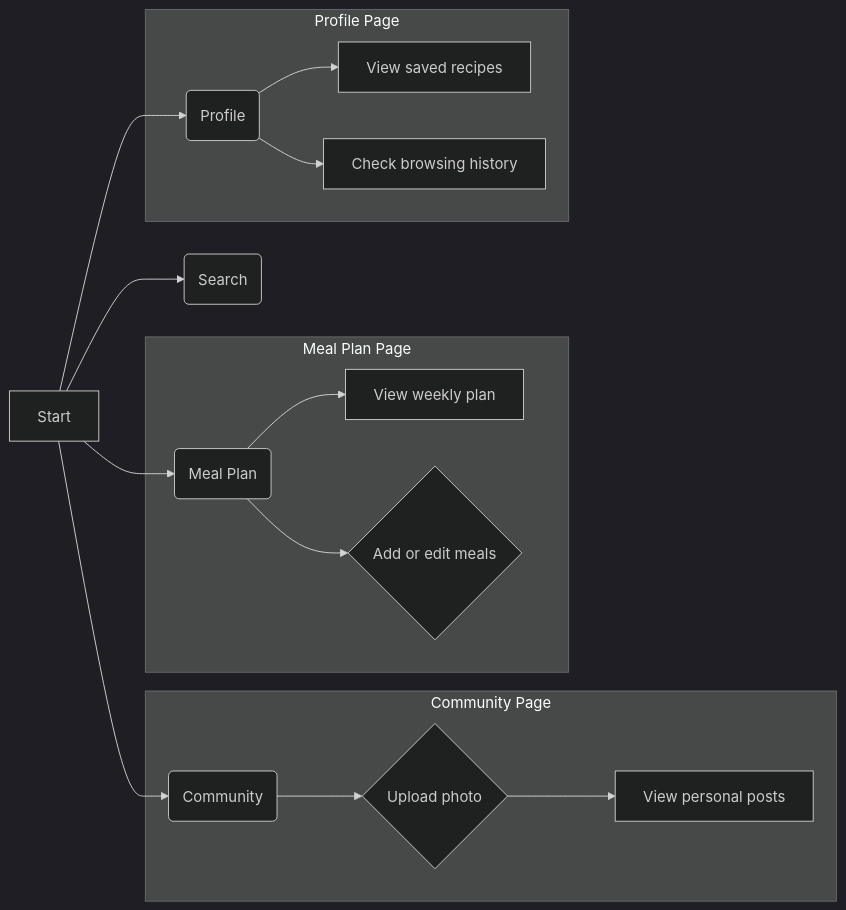
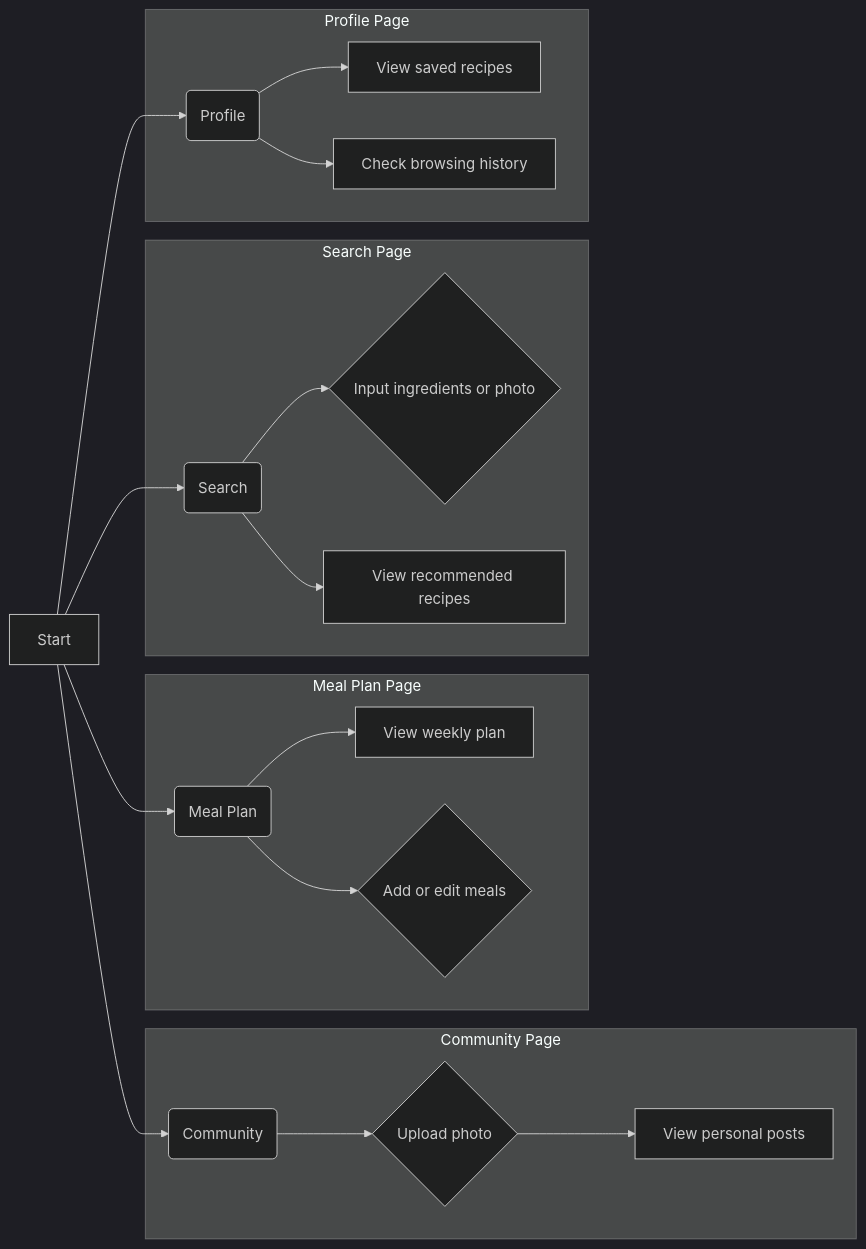
The diagram in all/未命名-2.md (seven8301/iodraw-files), drawn with Mermaid (dark theme) before and after one commit.

Commit message:
2025-04-09 19:21:50 update

````diff
--- a/all/未命名-2.md
+++ b/all/未命名-2.md
@@ -1,24 +1,29 @@
 ```mermaid
 graph LR
     A[Start] --> B(Search);
     A --> C(Community);
     A --> D(Meal Plan);
     A --> E(Profile);
     
    
 
     subgraph "Community Page"
         C --> H{Upload photo};
         H --> I[View personal posts];
     end
     
     subgraph "Meal Plan Page"
         D --> J[View weekly plan];
         D --> K{Add or edit meals};
     end
     
+    
+     subgraph "Search Page"
+        B --> F{Input ingredients or photo};
+        B --> G[View recommended recipes];
+    end
     subgraph "Profile Page"
         E --> L[View saved recipes];
         E --> M[Check browsing history];
     end
 ```
````
